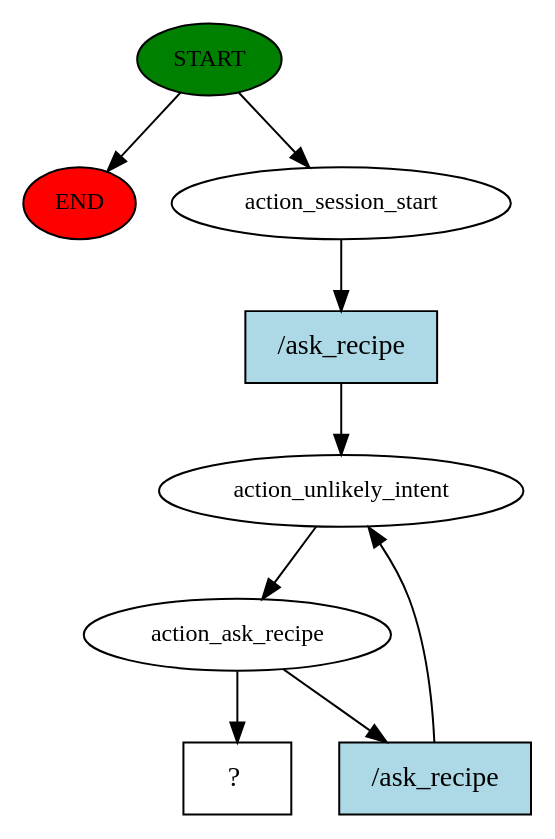
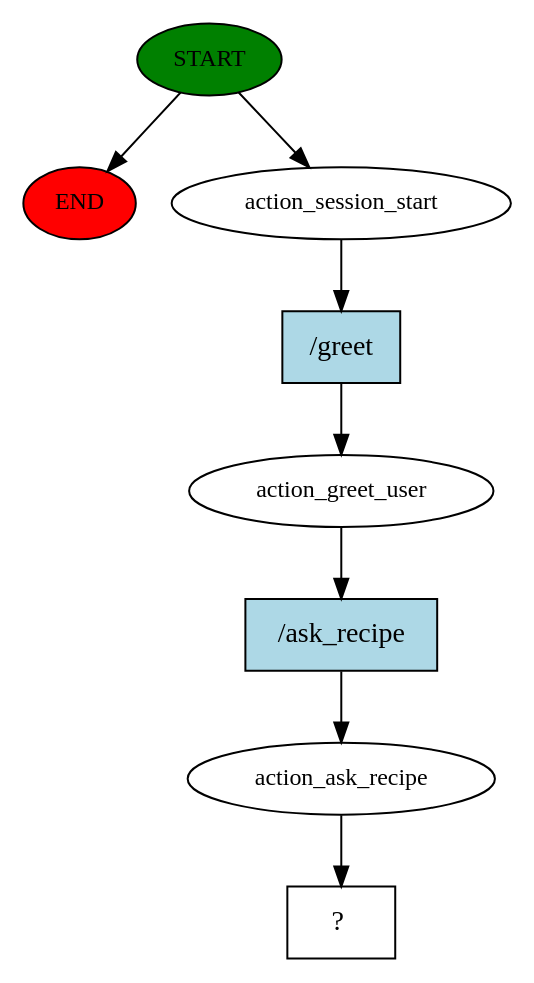
The diagram in rasa-assistant/story_graph.dot (BernardoLeandro1/PI), drawn with Graphviz before and after one commit. The commit also changed 142 other files, not shown here.

```diff
--- a/rasa-assistant/story_graph.dot
+++ b/rasa-assistant/story_graph.dot
@@ -1,18 +1,17 @@
 digraph  {
 0 [class="start active", fillcolor=green, fontsize=12, label=START, style=filled];
 "-1" [class=end, fillcolor=red, fontsize=12, label=END, style=filled];
 1 [class=active, fontsize=12, label=action_session_start];
-2 [class=active, fontsize=12, label=action_unlikely_intent];
+2 [class=active, fontsize=12, label=action_greet_user];
 3 [class=active, fontsize=12, label=action_ask_recipe];
-8 [class="intent dashed active", label="  ?  ", shape=rect];
-9 [class="intent active", fillcolor=lightblue, label="/ask_recipe", shape=rect, style=filled];
-10 [class="intent active", fillcolor=lightblue, label="/ask_recipe", shape=rect, style=filled];
+4 [class="intent dashed active", label="  ?  ", shape=rect];
+5 [class="intent active", fillcolor=lightblue, label="/greet", shape=rect, style=filled];
+6 [class="intent active", fillcolor=lightblue, label="/ask_recipe", shape=rect, style=filled];
 0 -> "-1"  [class="", key=NONE, label=""];
 0 -> 1  [class=active, key=NONE, label=""];
-1 -> 9  [class=active, key=0];
-2 -> 3  [class=active, key=NONE, label=""];
-3 -> 8  [class=active, key=NONE, label=""];
-3 -> 10  [class=active, key=0];
-9 -> 2  [class=active, key=0];
-10 -> 2  [class=active, key=0];
+1 -> 5  [class=active, key=0];
+2 -> 6  [class=active, key=0];
+3 -> 4  [class=active, key=NONE, label=""];
+5 -> 2  [class=active, key=0];
+6 -> 3  [class=active, key=0];
 }
```
